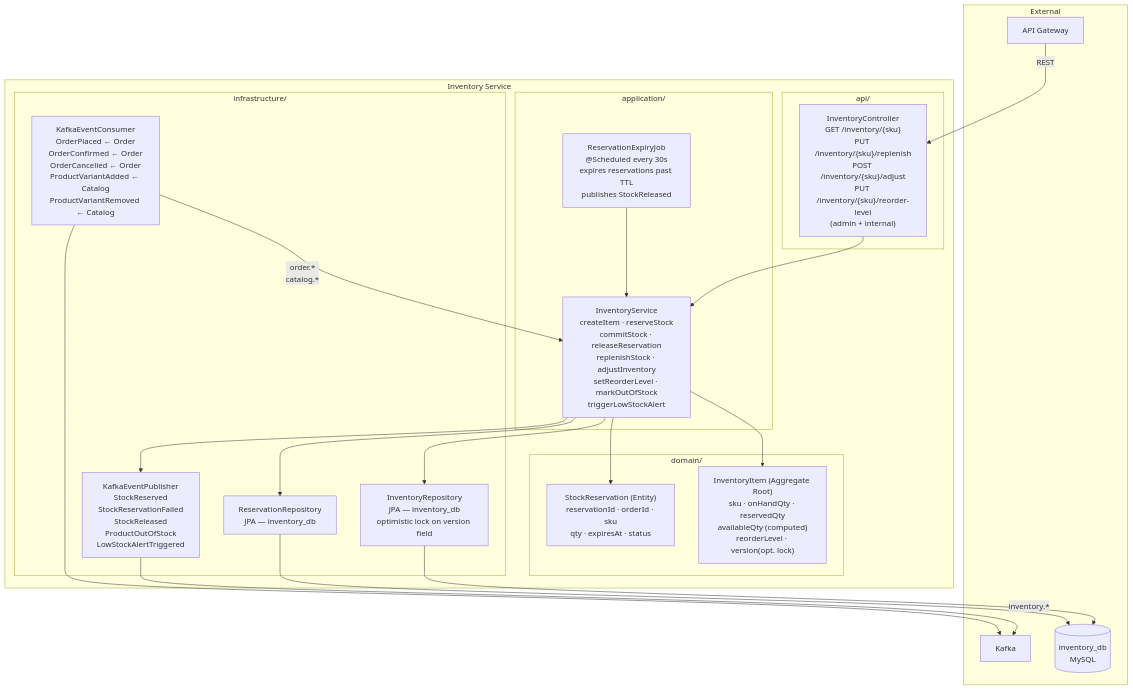
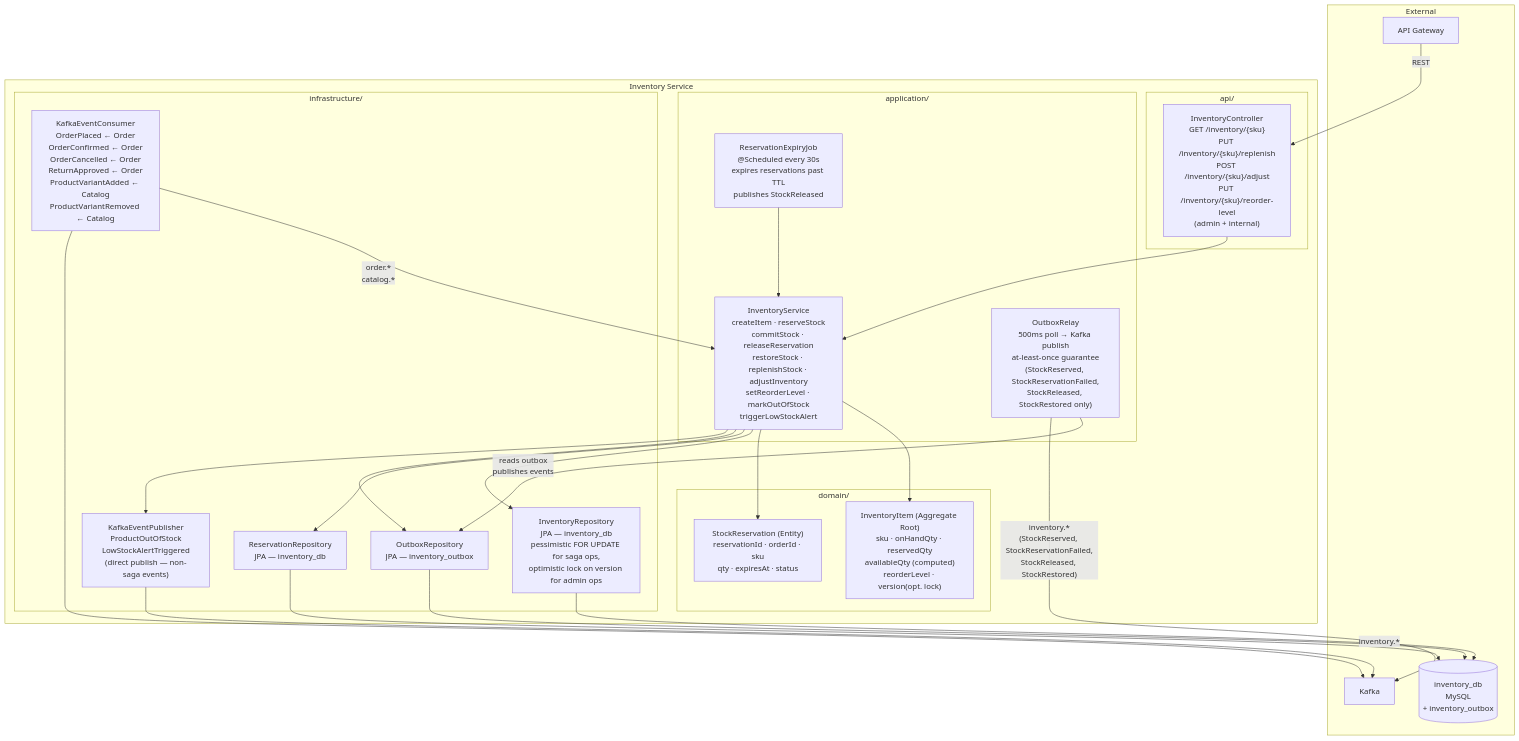
One commit to minoltan/ecommerce-platform changed the sixth of 7 diagrams in docs/hld/component-diagrams.md. Above: the diagram before and after it, drawn with Mermaid. The commit also changed other lines of this file and 9 other files, not shown here.

First line of the commit message:
[ARCH] hld: cross-cutting sync — topic-map, lock-type, retry schedule, refund naming, inventory_outbox (#26)

````diff
--- a/docs/hld/component-diagrams.md
+++ b/docs/hld/component-diagrams.md
@@ -334,41 +334,45 @@
 ```mermaid
 graph TB
     subgraph external ["External"]
         GW["API Gateway"]
         Kafka["Kafka"]
-        DB[("inventory_db\nMySQL")]
+        DB[("inventory_db\nMySQL\n+ inventory_outbox")]
     end
 
     subgraph is ["Inventory Service"]
         subgraph api ["api/"]
             IC["InventoryController\nGET /inventory/{sku}\nPUT /inventory/{sku}/replenish\nPOST /inventory/{sku}/adjust\nPUT /inventory/{sku}/reorder-level\n(admin + internal)"]
         end
 
         subgraph application ["application/"]
-            InvS["InventoryService\ncreateItem · reserveStock\ncommitStock · releaseReservation\nreplenishStock · adjustInventory\nsetReorderLevel · markOutOfStock\ntriggerLowStockAlert"]
+            InvS["InventoryService\ncreateItem · reserveStock\ncommitStock · releaseReservation\nrestoreStock · replenishStock · adjustInventory\nsetReorderLevel · markOutOfStock\ntriggerLowStockAlert"]
             ExpJ["ReservationExpiryJob\n@Scheduled every 30s\nexpires reservations past TTL\npublishes StockReleased"]
+            OR["OutboxRelay\n500ms poll → Kafka publish\nat-least-once guarantee\n(StockReserved, StockReservationFailed,\nStockReleased, StockRestored only)"]
         end
 
         subgraph domain ["domain/"]
             II["InventoryItem (Aggregate Root)\nsku · onHandQty · reservedQty\navailableQty (computed)\nreorderLevel · version(opt. lock)"]
             SR["StockReservation (Entity)\nreservationId · orderId · sku\nqty · expiresAt · status"]
         end
 
         subgraph infra ["infrastructure/"]
-            IRepo["InventoryRepository\nJPA — inventory_db\noptimistic lock on version field"]
+            IRepo["InventoryRepository\nJPA — inventory_db\npessimistic FOR UPDATE for saga ops,\noptimistic lock on version for admin ops"]
             SRRepo["ReservationRepository\nJPA — inventory_db"]
-            KP["KafkaEventPublisher\nStockReserved\nStockReservationFailed\nStockReleased\nProductOutOfStock\nLowStockAlertTriggered"]
-            KC["KafkaEventConsumer\nOrderPlaced ← Order\nOrderConfirmed ← Order\nOrderCancelled ← Order\nProductVariantAdded ← Catalog\nProductVariantRemoved ← Catalog"]
+            OutR["OutboxRepository\nJPA — inventory_outbox"]
+            KP["KafkaEventPublisher\nProductOutOfStock\nLowStockAlertTriggered\n(direct publish — non-saga events)"]
+            KC["KafkaEventConsumer\nOrderPlaced ← Order\nOrderConfirmed ← Order\nOrderCancelled ← Order\nReturnApproved ← Order\nProductVariantAdded ← Catalog\nProductVariantRemoved ← Catalog"]
         end
     end
 
     GW -->|"REST"| IC
     IC --> InvS
     ExpJ --> InvS
     InvS --> II & SR
-    InvS --> IRepo & SRRepo & KP
+    InvS --> IRepo & SRRepo & OutR & KP
+    OR -->|"reads outbox\npublishes events"| OutR
+    OR -->|"inventory.*\n(StockReserved, StockReservationFailed,\nStockReleased, StockRestored)"| Kafka
     KC -->|"order.*\ncatalog.*"| InvS
     KC --> Kafka
     KP -->|"inventory.*"| Kafka
-    IRepo & SRRepo --> DB
+    IRepo & SRRepo & OutR --> DB
 ```
````
